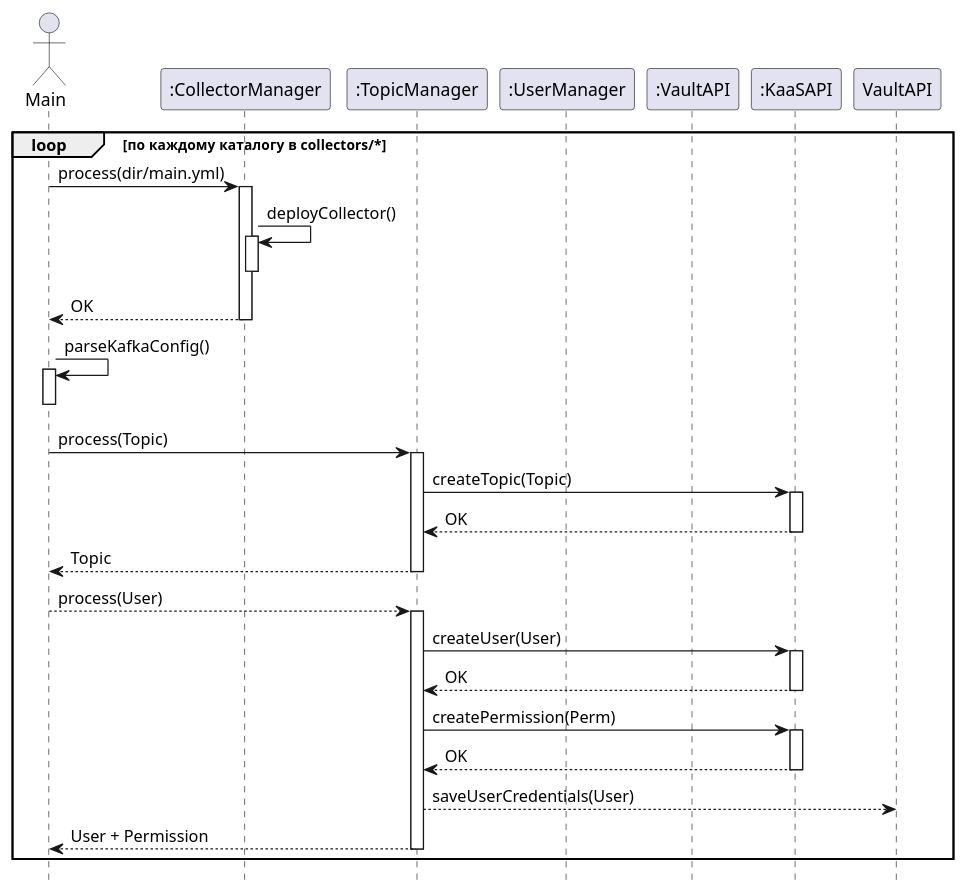
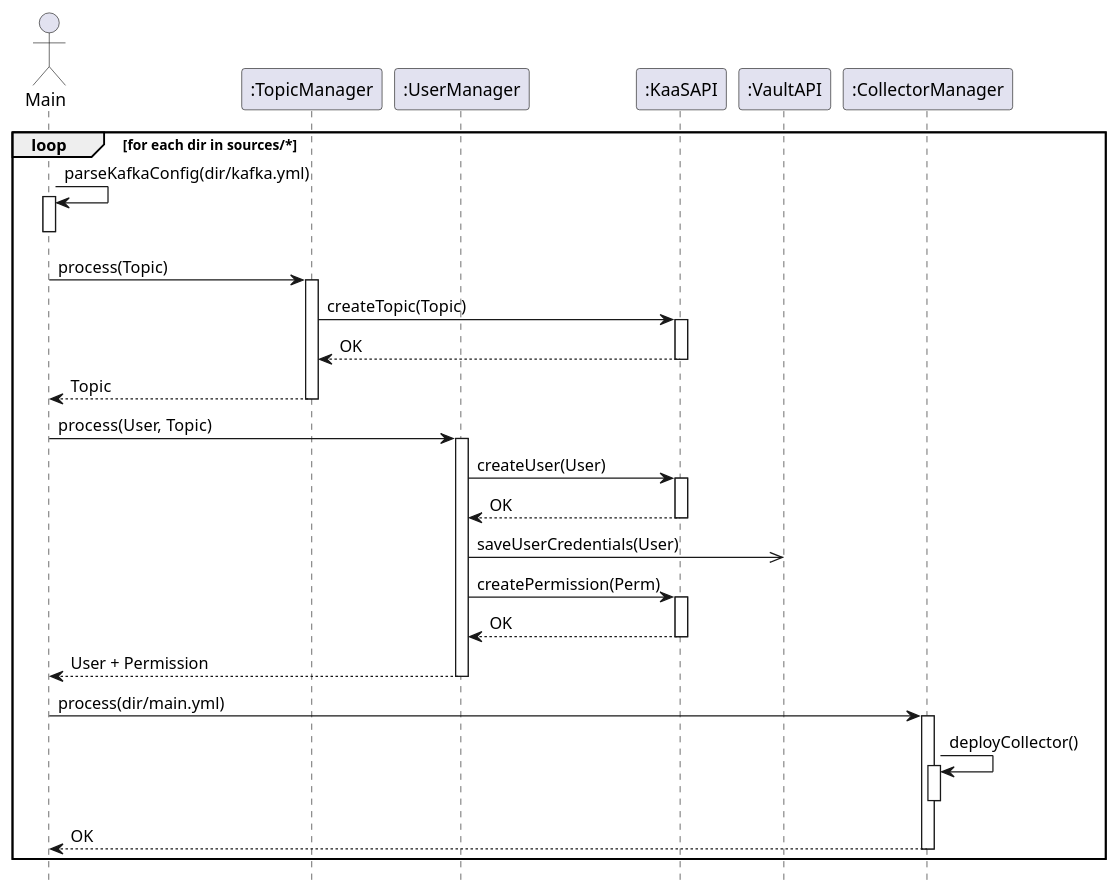
One commit to shameoff/GraduateWork changed the diagram in diagrams/automation_algorithm.puml. Above: the diagram before and after it, drawn with PlantUML. The commit also changed 8 other files, not shown here.

```diff
--- a/diagrams/automation_algorithm.puml
+++ b/diagrams/automation_algorithm.puml
@@ -1,46 +1,47 @@
 @startuml
 actor  "Main"                    as Main
-participant ":CollectorManager"   as CM
 participant ":TopicManager"       as TM
 participant ":UserManager"        as UM
-participant ":VaultAPI"           as Vault
 participant ":KaaSAPI"            as KaaS
+participant ":VaultAPI"           as VaultAPI
+participant ":CollectorManager"   as CM
 
-loop по каждому каталогу в  collectors/*
-  
-  Main -> CM++: process(dir/main.yml)
-  CM -> CM++: deployCollector()
-  deactivate CM
-  Main <-- CM: OK
-  deactivate CM
-  
-  Main -> Main++: parseKafkaConfig()
+loop for each dir in sources/*
+
+  Main -> Main++: parseKafkaConfig(dir/kafka.yml)
   deactivate Main
 
   Main  -> TM++: process(Topic)
   TM -> KaaS++: createTopic(Topic)
   TM <-- KaaS : OK
   deactivate KaaS
   Main <-- TM: Topic
   deactivate TM
 
-  Main  --> TM++: process(User)
+  Main  -> UM++: process(User, Topic)
   
-  TM -> KaaS++: createUser(User)
-  TM <-- KaaS : OK
-  deactivate KaaS
-  TM -> KaaS++: createPermission(Perm)
-  TM <-- KaaS : OK
+  UM -> KaaS++: createUser(User)
+  UM <-- KaaS : OK
   deactivate KaaS
 
-  TM --> VaultAPI: saveUserCredentials(User)
+  UM ->> VaultAPI: saveUserCredentials(User)
 
-  Main <-- TM: User + Permission
-  deactivate TM
+  UM -> KaaS++: createPermission(Perm)
+  UM <-- KaaS : OK
+  deactivate KaaS
+
+
+  Main <-- UM: User + Permission
+  deactivate UM
+
+  Main -> CM++: process(dir/main.yml)
+  CM -> CM++: deployCollector()
+  deactivate CM
+  Main <-- CM: OK
+  deactivate CM
+
 
 end loop
 
-' Main --> Main : report summary
-
 hide footbox
 @enduml
```
